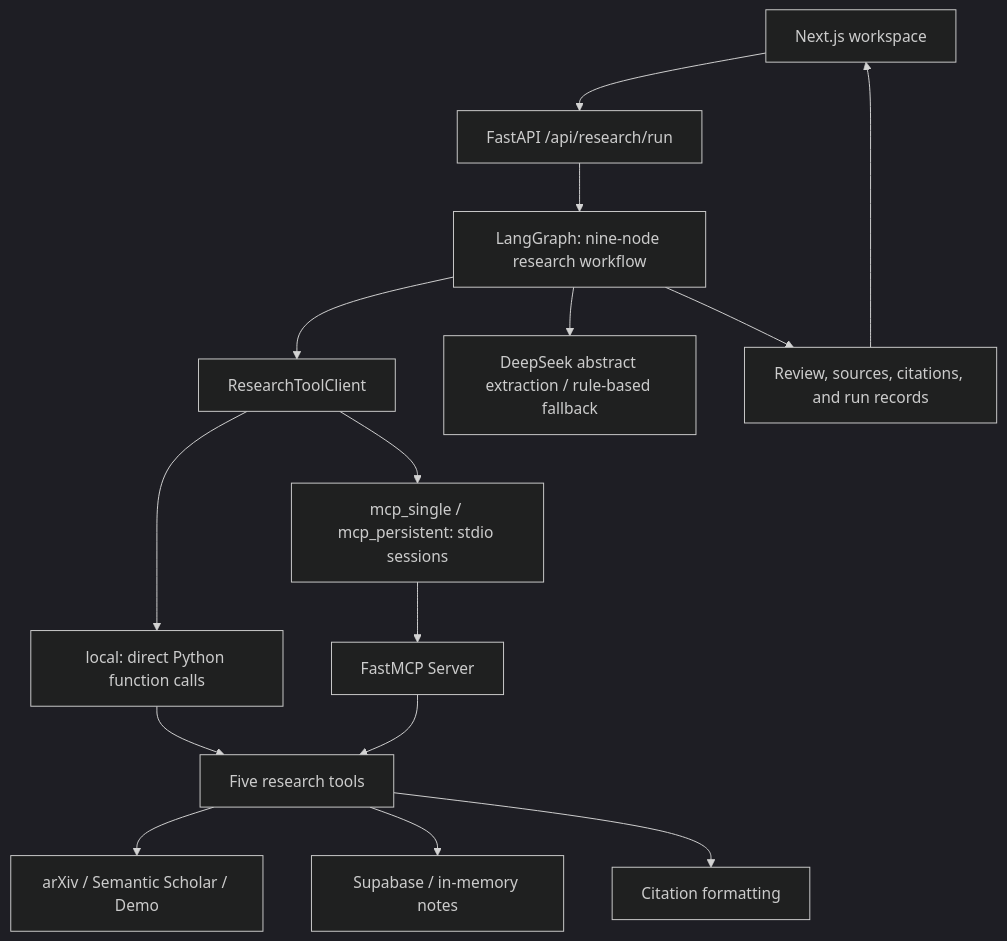
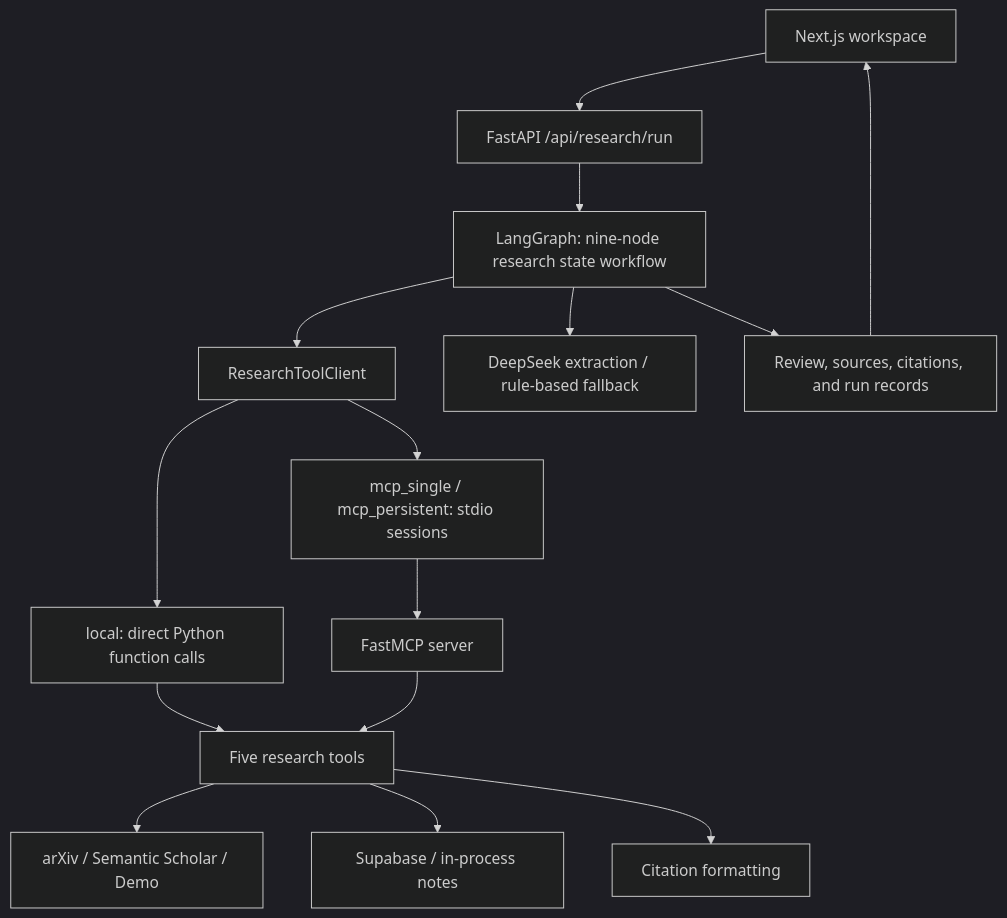
One commit to AZ123IT/ResearchPilot changed the diagram in README.en.md. Above: the diagram before and after it, drawn with Mermaid (dark theme). The commit also changed other lines of this file and 12 other files, not shown here.

````diff
--- a/README.en.md
+++ b/README.en.md
@@ -70,16 +59,16 @@
 ```mermaid
 flowchart TD
     UI["Next.js workspace"] --> API["FastAPI /api/research/run"]
-    API --> Graph["LangGraph: nine-node research workflow"]
+    API --> Graph["LangGraph: nine-node research state workflow"]
     Graph --> Adapter["ResearchToolClient"]
     Adapter --> Local["local: direct Python function calls"]
     Adapter --> MCP["mcp_single / mcp_persistent: stdio sessions"]
     Local --> Tools["Five research tools"]
-    MCP --> Server["FastMCP Server"] --> Tools
+    MCP --> Server["FastMCP server"] --> Tools
     Tools --> Search["arXiv / Semantic Scholar / Demo"]
-    Tools --> Notes["Supabase / in-memory notes"]
+    Tools --> Notes["Supabase / in-process notes"]
     Tools --> Citation["Citation formatting"]
-    Graph --> Model["DeepSeek abstract extraction / rule-based fallback"]
+    Graph --> Model["DeepSeek extraction / rule-based fallback"]
     Graph --> Result["Review, sources, citations, and run records"]
     Result --> UI
 ```
````
